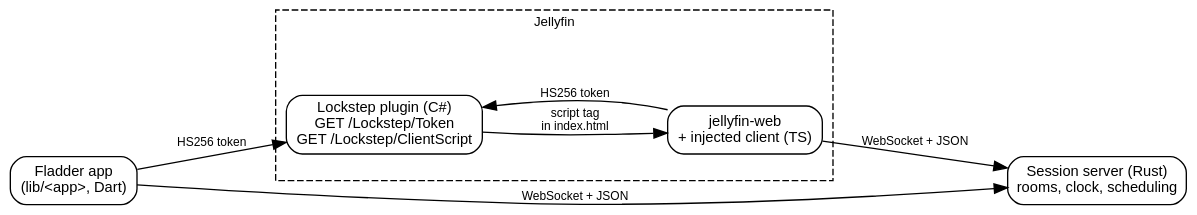
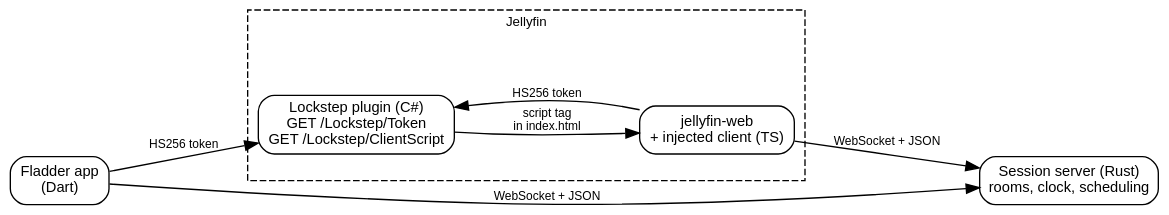
One commit to erfianugrah/lexicanum changed the diagram in src/content/docs/reference/lockstep-watch-party-sync.mdx. Above: the diagram before and after it, drawn with Graphviz. The commit also changed other lines of this file and 90 other files, not shown here.

````diff
--- a/src/content/docs/reference/lockstep-watch-party-sync.mdx
+++ b/src/content/docs/reference/lockstep-watch-party-sync.mdx
@@ -24,20 +24,20 @@
 ```dot
 digraph {
   rankdir=LR; bgcolor="transparent"; nodesep=0.4; ranksep=0.8;
   fontname="Helvetica,Arial,sans-serif";
   node [fontname="Helvetica,Arial,sans-serif", fontsize=11, shape=box, style=rounded];
   edge [fontname="Helvetica,Arial,sans-serif", fontsize=9];
   subgraph cluster_jf {
     label="Jellyfin"; style=dashed; fontsize=10;
     plugin [label="Lockstep plugin (C#)\nGET /Lockstep/Token\nGET /Lockstep/ClientScript"];
     web [label="jellyfin-web\n+ injected client (TS)"];
   }
-  fladder [label="Fladder app\n(lib/<app>, Dart)"];
+  fladder [label="Fladder app\n(Dart)"];
   server [label="Session server (Rust)\nrooms, clock, scheduling"];
   plugin -> web [label="script tag\nin index.html"];
   web -> plugin [label="HS256 token"];
   fladder -> plugin [label="HS256 token"];
   web -> server [label="WebSocket + JSON"];
   fladder -> server [label="WebSocket + JSON"];
 }
 ```
````
